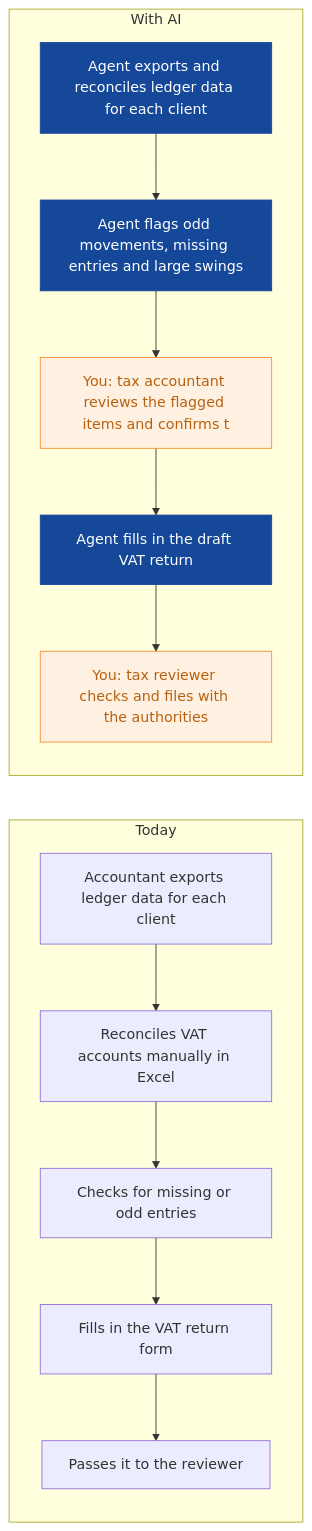
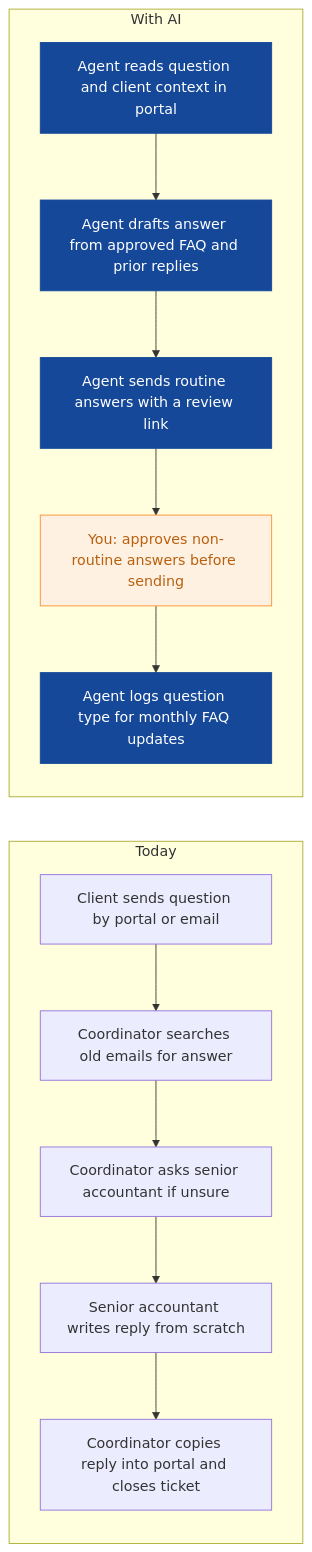
The third of 9 diagrams in strategies/brightwater-accountancy.md (nexibeo/Complete-AI-Strategy), drawn with Mermaid before and after one commit. The commit also changed other lines of this file and 26 other files, not shown here.

````diff
--- a/strategies/brightwater-accountancy.md
+++ b/strategies/brightwater-accountancy.md
@@ -106,23 +111,23 @@
 ```mermaid
 flowchart LR
   subgraph Today
-    B0["Accountant exports ledger data for each client"]
-    B1["Reconciles VAT accounts manually in Excel"]
-    B2["Checks for missing or odd entries"]
-    B3["Fills in the VAT return form"]
-    B4["Passes it to the reviewer"]
+    B0["Client sends question by portal or email"]
+    B1["Coordinator searches old emails for answer"]
+    B2["Coordinator asks senior accountant if unsure"]
+    B3["Senior accountant writes reply from scratch"]
+    B4["Coordinator copies reply into portal and closes ticket"]
     B0 --> B1 --> B2 --> B3 --> B4
   end
   subgraph WithAI[With AI]
-    A0["Agent exports and reconciles ledger data for each client"]
-    A1["Agent flags odd movements, missing entries and large swings "]
-    A2["You: tax accountant reviews the flagged items and confirms t"]
-    A3["Agent fills in the draft VAT return"]
-    A4["You: tax reviewer checks and files with the authorities"]
+    A0["Agent reads question and client context in portal"]
+    A1["Agent drafts answer from approved FAQ and prior replies"]
+    A2["Agent sends routine answers with a review link"]
+    A3["You: approves non-routine answers before sending"]
+    A4["Agent logs question type for monthly FAQ updates"]
     A0 --> A1 --> A2 --> A3 --> A4
   end
   classDef ai fill:#154899,color:#fff,stroke:#154899
   classDef human fill:#FFF1E2,color:#B8600F,stroke:#F98F2C
-  class A0,A1,A3 ai
-  class A2,A4 human
+  class A0,A1,A2,A4 ai
+  class A3 human
 ```
````
